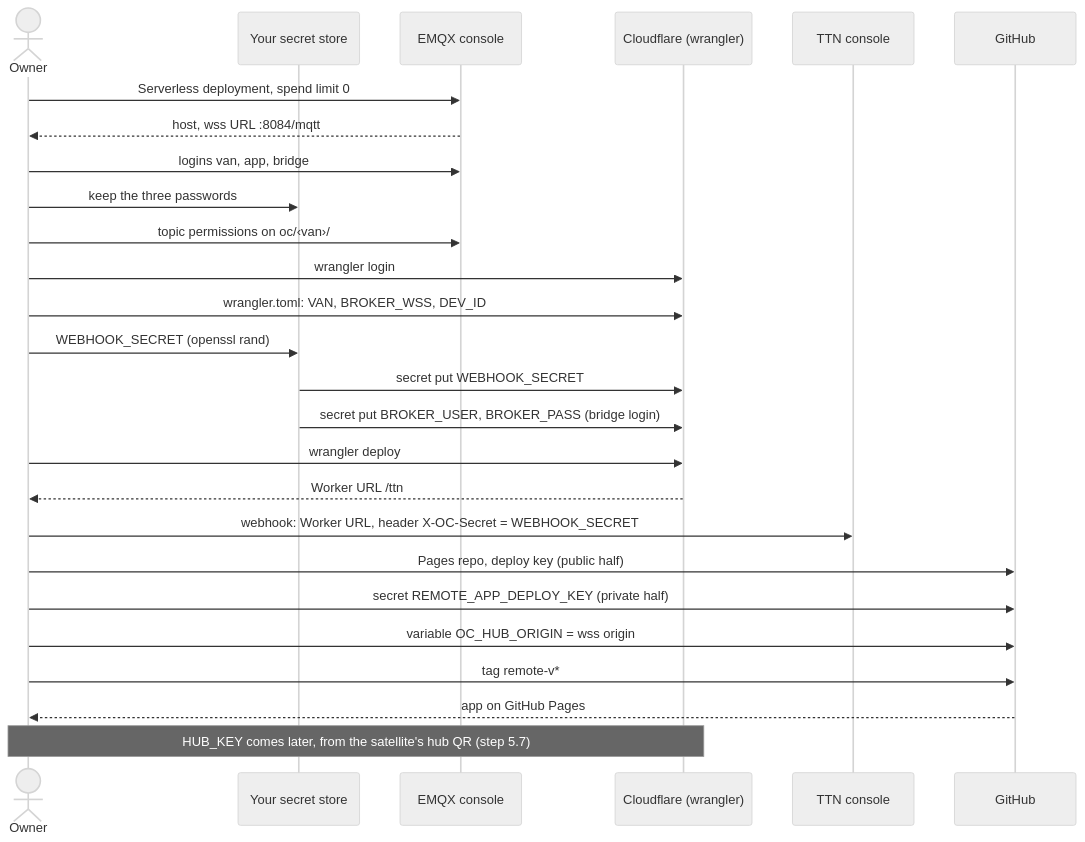
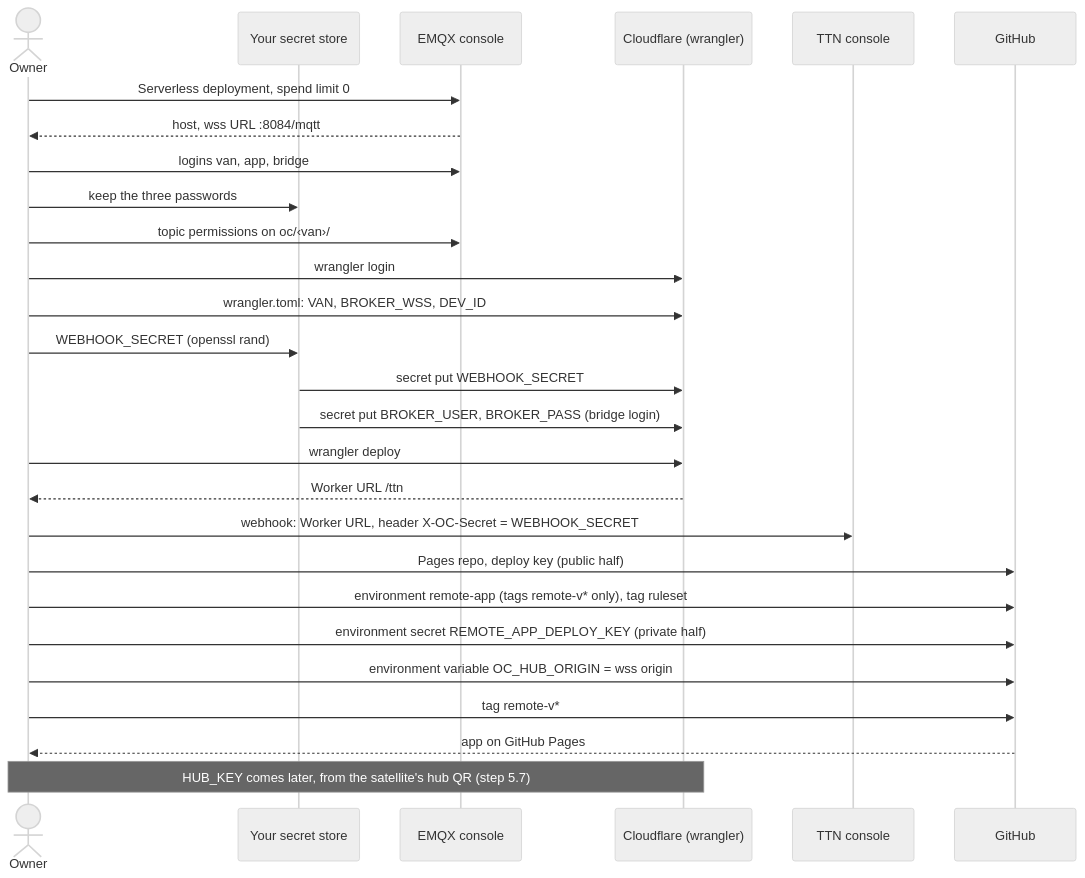
The second of 5 diagrams in docs/howto-remote-hub.md (ckeller42/open-california), drawn with Mermaid (neutral theme) before and after one commit. The commit also changed other lines of this file and 1 other file, not shown here.

First line of the commit message:
remote-app: deploy key and broker origin in a tag-only environment

````diff
--- a/docs/howto-remote-hub.md
+++ b/docs/howto-remote-hub.md
@@ -106,28 +106,29 @@
 ```mermaid
 sequenceDiagram
 actor O as Owner
 participant S as Your secret store
 participant E as EMQX console
 participant C as Cloudflare (wrangler)
 participant T as TTN console
 participant G as GitHub
 O->>E: Serverless deployment, spend limit 0
 E-->>O: host, wss URL :8084/mqtt
 O->>E: logins van, app, bridge
 O->>S: keep the three passwords
 O->>E: topic permissions on oc/‹van›/
 O->>C: wrangler login
 O->>C: wrangler.toml: VAN, BROKER_WSS, DEV_ID
 O->>S: WEBHOOK_SECRET (openssl rand)
 S->>C: secret put WEBHOOK_SECRET
 S->>C: secret put BROKER_USER, BROKER_PASS (bridge login)
 O->>C: wrangler deploy
 C-->>O: Worker URL /ttn
 O->>T: webhook: Worker URL, header X-OC-Secret = WEBHOOK_SECRET
 O->>G: Pages repo, deploy key (public half)
-O->>G: secret REMOTE_APP_DEPLOY_KEY (private half)
-O->>G: variable OC_HUB_ORIGIN = wss origin
+O->>G: environment remote-app (tags remote-v* only), tag ruleset
+O->>G: environment secret REMOTE_APP_DEPLOY_KEY (private half)
+O->>G: environment variable OC_HUB_ORIGIN = wss origin
 O->>G: tag remote-v*
 G-->>O: app on GitHub Pages
 Note over O,C: HUB_KEY comes later, from the satellite's hub QR (step 5.7)
 ```
````
